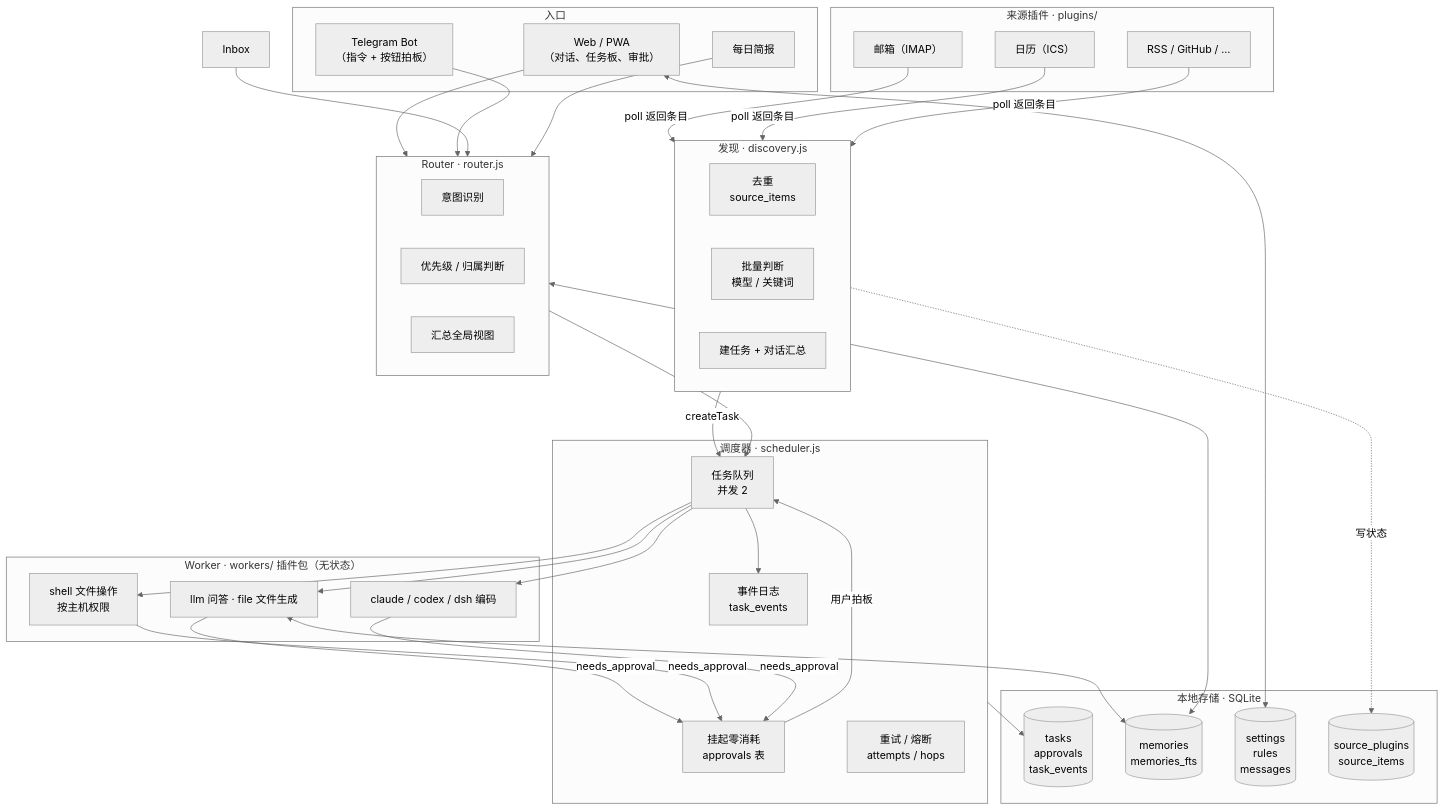
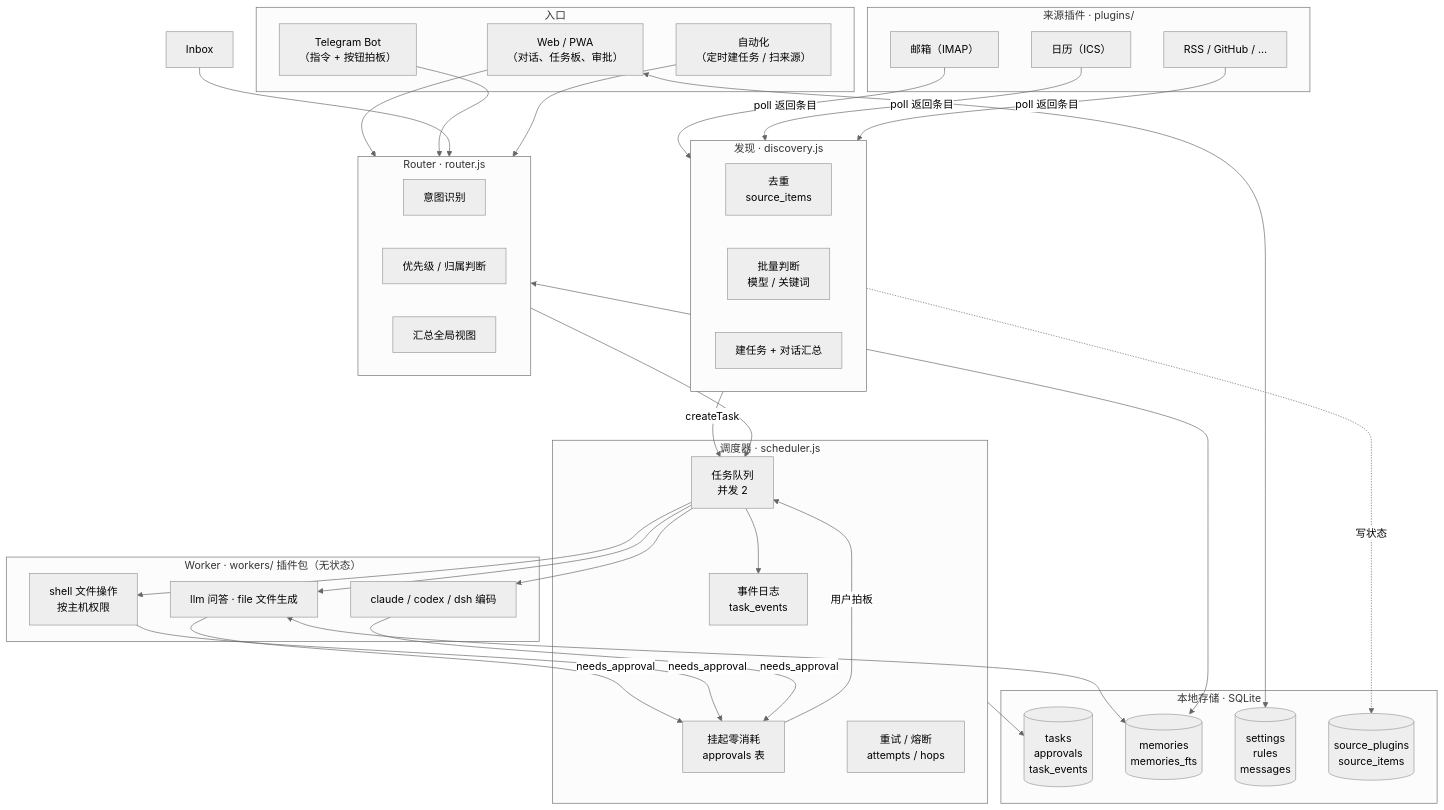
Before and after one commit to MrChenJingWei/jingjing: the diagram in docs/ARCHITECTURE.md, drawn with Mermaid (neutral theme). The commit also changed other lines of this file and 20 other files, not shown here.

````diff
--- a/docs/ARCHITECTURE.md
+++ b/docs/ARCHITECTURE.md
@@ -11,63 +11,63 @@
 ```mermaid
 flowchart TB
   subgraph Channels["入口"]
     Web["Web / PWA<br/>（对话、任务板、审批）"]
     TG["Telegram Bot<br/>（指令 + 按钮拍板）"]
-    Rule["每日简报"]
+    Rule["自动化<br/>（定时建任务 / 扫来源）"]
   end
 
   subgraph Sources["来源插件 · plugins/"]
     Email["邮箱（IMAP）"]
     Cal["日历（ICS）"]
     More["RSS / GitHub / …"]
   end
 
   subgraph Discovery["发现 · discovery.js"]
     D1["去重<br/>source_items"]
     D2["批量判断<br/>模型 / 关键词"]
     D3["建任务 + 对话汇总"]
   end
 
   subgraph Router["Router · router.js"]
     R1["意图识别"]
     R2["优先级 / 归属判断"]
     R3["汇总全局视图"]
   end
 
   subgraph Scheduler["调度器 · scheduler.js"]
     Q["任务队列<br/>并发 2"]
     P["挂起零消耗<br/>approvals 表"]
     E["事件日志<br/>task_events"]
     H["重试 / 熔断<br/>attempts / hops"]
   end
 
   subgraph Workers["Worker · workers/ 插件包（无状态）"]
     W1["llm 问答 · file 文件生成"]
     W2["shell 文件操作<br/>按主机权限"]
     W3["claude / codex / dsh 编码"]
   end
 
   subgraph Store["本地存储 · SQLite"]
     T[("tasks<br/>approvals<br/>task_events")]
     M[("memories<br/>memories_fts")]
     S[("settings<br/>rules<br/>messages")]
     P2[("source_plugins<br/>source_items")]
   end
 
   Web --> Router
   TG --> Router
   Inbox --> Router
   Rule --> Router
   Email & Cal & More -->|poll 返回条目| Discovery
   Discovery -->|createTask| Q
   Discovery -.->|写状态| P2
   Router --> Q
   Q --> W1 & W2 & W3
   W1 & W2 & W3 -- "needs_approval" --> P
   P -- "用户拍板" --> Q
   Q --> E
   Router <--> M
   W1 <--> M
   Scheduler --> T
   Web <--> S
 ```
````
